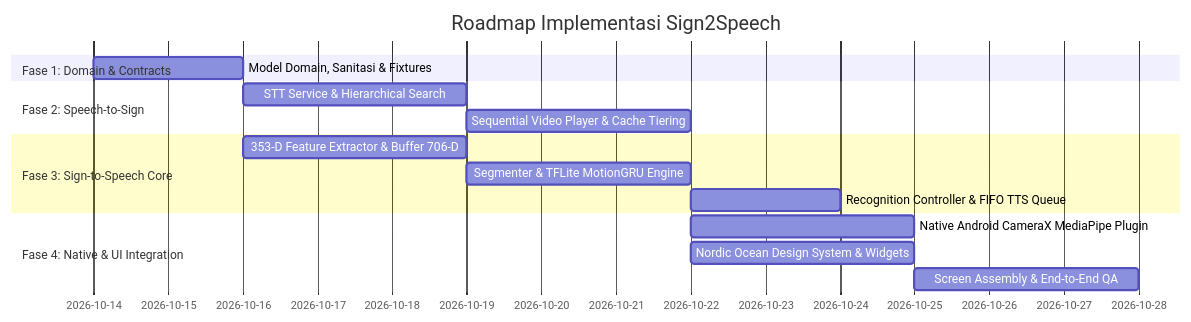
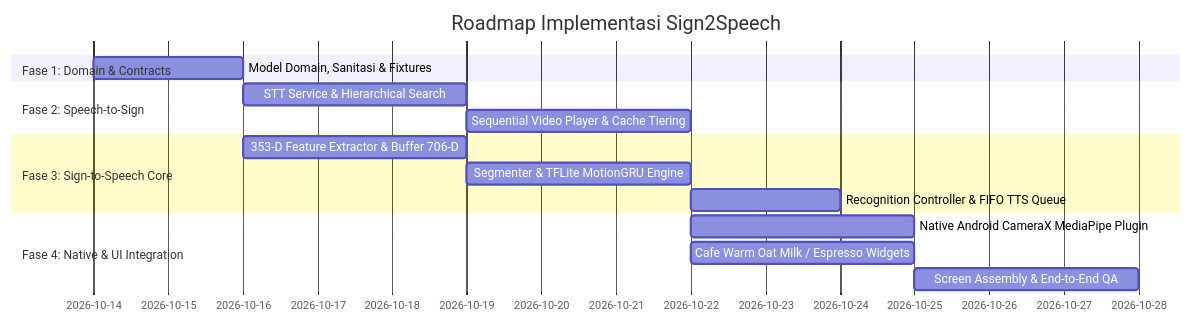
Before and after one commit to hafizhtzy/sign2speech: the diagram in 2026-10-13-sign-and-speech-prd.md, drawn with Mermaid. The commit also changed other lines of this file and 44 other files, not shown here.

````diff
--- a/2026-10-13-sign-and-speech-prd.md
+++ b/2026-10-13-sign-and-speech-prd.md
@@ -300,18 +306,18 @@
 ```mermaid
 gantt
     title Roadmap Implementasi Sign2Speech
     dateFormat  YYYY-MM-DD
     section Fase 1: Domain & Contracts
     Model Domain, Sanitasi & Fixtures      :a1, 2026-10-14, 2d
     section Fase 2: Speech-to-Sign
     STT Service & Hierarchical Search       :a2, after a1, 3d
     Sequential Video Player & Cache Tiering :a3, after a2, 3d
     section Fase 3: Sign-to-Speech Core
     353-D Feature Extractor & Buffer 706-D  :a4, after a1, 3d
     Segmenter & TFLite MotionGRU Engine    :a5, after a4, 3d
     Recognition Controller & FIFO TTS Queue :a6, after a5, 2d
     section Fase 4: Native & UI Integration
     Native Android CameraX MediaPipe Plugin :a7, after a5, 3d
-    Nordic Ocean Design System & Widgets    :a8, after a3, 3d
+    Cafe Warm Oat Milk / Espresso Widgets   :a8, after a3, 3d
     Screen Assembly & End-to-End QA         :a9, after a7, 3d
 ```
````
